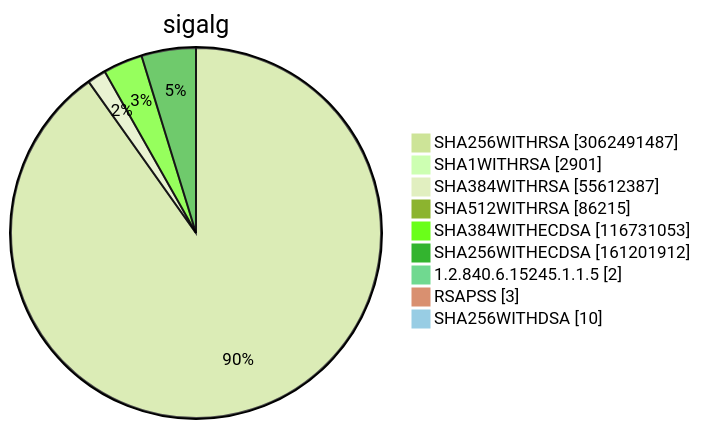
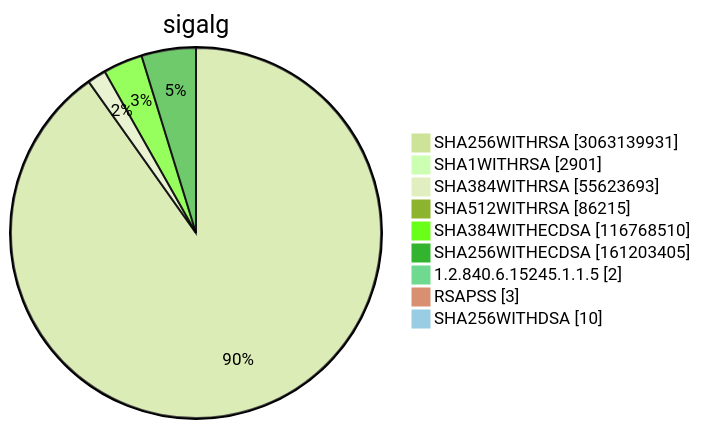
One commit to christiankrug/ctmonitor_visualization changed diagram 15 of 15 in TOTAL/README.md. Above: the diagram before and after it, drawn with Mermaid (forest theme). The commit also changed other lines of this file, not shown here.

````diff
--- a/TOTAL/README.md
+++ b/TOTAL/README.md
@@ -6209,13 +6209,13 @@
 ```mermaid
 pie showData
 title sigalg
-"SHA256WITHRSA" :3062491487
+"SHA256WITHRSA" :3063139931
 "SHA1WITHRSA" :2901
-"SHA384WITHRSA" :55612387
+"SHA384WITHRSA" :55623693
 "SHA512WITHRSA" :86215
-"SHA384WITHECDSA" :116731053
-"SHA256WITHECDSA" :161201912
+"SHA384WITHECDSA" :116768510
+"SHA256WITHECDSA" :161203405
 "1.2.840.6.15245.1.1.5" :2
 "RSAPSS" :3
 "SHA256WITHDSA" :10
 ```
````
